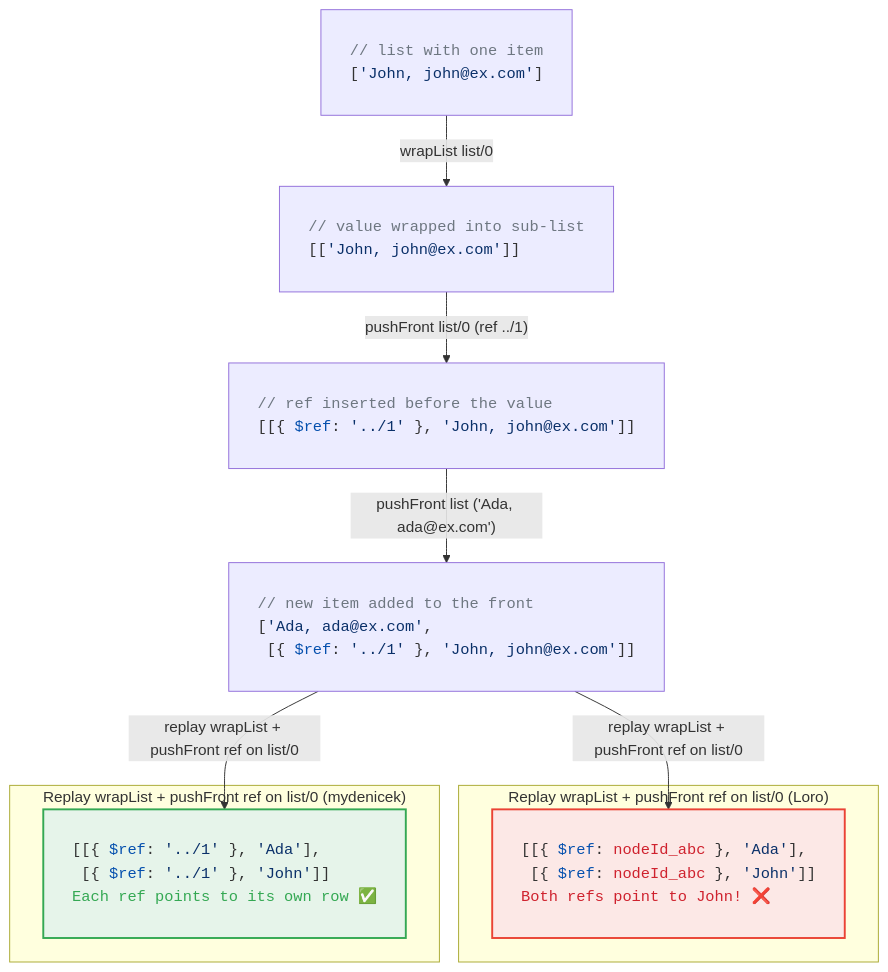
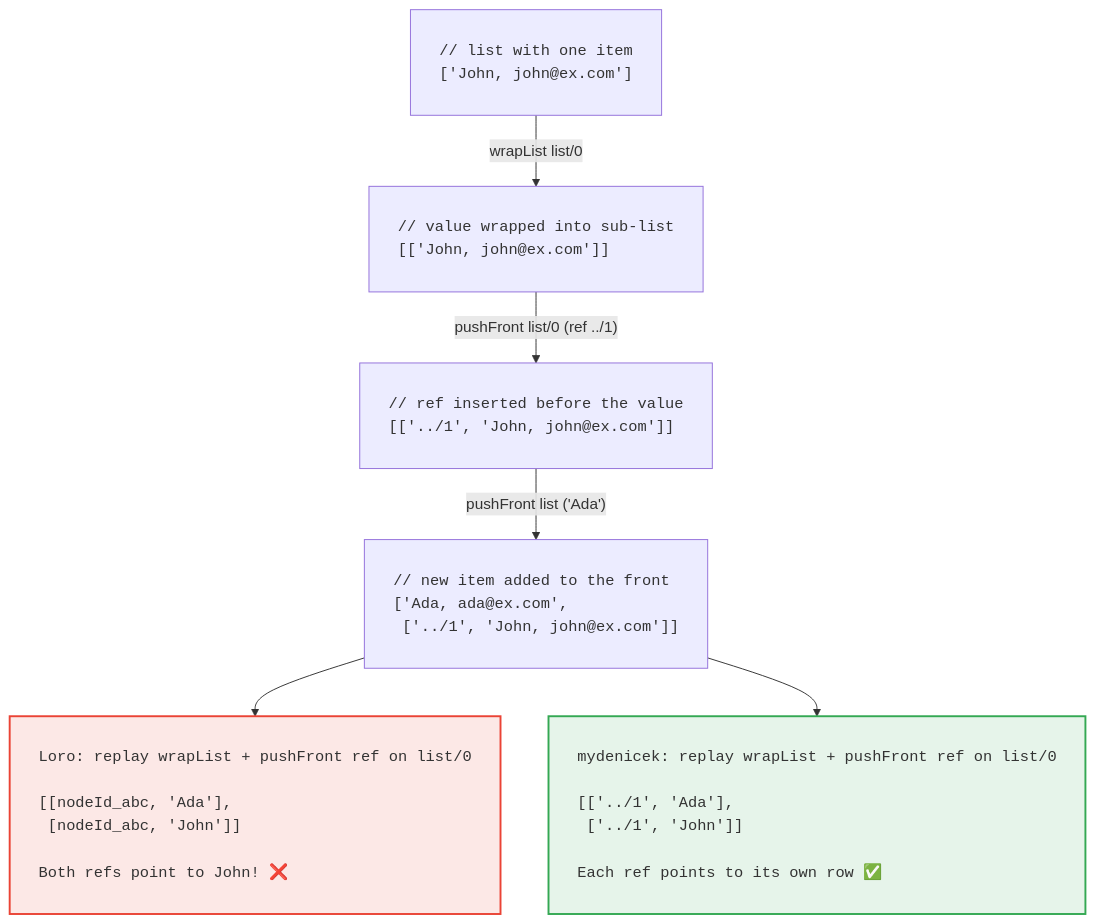
Before and after one commit to krsion/master-thesis: the diagram in img/retargeting.mmd, drawn with Mermaid. The commit also changed 1 other file, not shown here.

```diff
--- a/img/retargeting.mmd
+++ b/img/retargeting.mmd
@@ -1,48 +1,50 @@
 %%{init: {'themeVariables': {'fontFamily': 'monospace'}}}%%
 graph TB
     S1["<pre style='text-align:left'>
-<span style='color:#6e7781'>// list with one item</span>
-[<span style='color:#0a3069'>'John, john@ex.com'</span>]
+// list with one item
+['John, john@ex.com']
 </pre>"]
 
     S2["<pre style='text-align:left'>
-<span style='color:#6e7781'>// value wrapped into sub-list</span>
-[[<span style='color:#0a3069'>'John, john@ex.com'</span>]]
+// value wrapped into sub-list
+[['John, john@ex.com']]
 </pre>"]
 
     S3["<pre style='text-align:left'>
-<span style='color:#6e7781'>// ref inserted before the value</span>
-[[{ <span style='color:#0550ae'>$ref</span>: <span style='color:#0a3069'>'../1'</span> }, <span style='color:#0a3069'>'John, john@ex.com'</span>]]
+// ref inserted before the value
+[['../1', 'John, john@ex.com']]
 </pre>"]
 
     S4["<pre style='text-align:left'>
-<span style='color:#6e7781'>// new item added to the front</span>
-[<span style='color:#0a3069'>'Ada, ada@ex.com'</span>,
- [{ <span style='color:#0550ae'>$ref</span>: <span style='color:#0a3069'>'../1'</span> }, <span style='color:#0a3069'>'John, john@ex.com'</span>]]
+// new item added to the front
+['Ada, ada@ex.com',
+ ['../1', 'John, john@ex.com']]
 </pre>"]
 
     S1 -- "wrapList list/0" --> S2
     S2 -- "pushFront list/0 (ref ../1)" --> S3
-    S3 -- "pushFront list ('Ada, ada@ex.com')" --> S4
+    S3 -- "pushFront list ('Ada')" --> S4
 
-    subgraph replayLoro["Replay wrapList + pushFront ref on list/0 (Loro)"]
-        RL["<pre style='text-align:left'>
-[[{ <span style='color:#0550ae'>$ref</span>: <span style='color:#cf222e'>nodeId_abc</span> }, <span style='color:#0a3069'>'Ada'</span>],
- [{ <span style='color:#0550ae'>$ref</span>: <span style='color:#cf222e'>nodeId_abc</span> }, <span style='color:#0a3069'>'John'</span>]]
-<span style='color:#cf222e'>Both refs point to John! ❌</span>
+    RL["<pre style='text-align:left'>
+Loro: replay wrapList + pushFront ref on list/0
+
+[[nodeId_abc, 'Ada'],
+ [nodeId_abc, 'John']]
+
+Both refs point to John! ❌
 </pre>"]
-    end
 
-    subgraph replayCustom["Replay wrapList + pushFront ref on list/0 (mydenicek)"]
-        RC["<pre style='text-align:left'>
-[[{ <span style='color:#0550ae'>$ref</span>: <span style='color:#0a3069'>'../1'</span> }, <span style='color:#0a3069'>'Ada'</span>],
- [{ <span style='color:#0550ae'>$ref</span>: <span style='color:#0a3069'>'../1'</span> }, <span style='color:#0a3069'>'John'</span>]]
-<span style='color:#34a853'>Each ref points to its own row ✅</span>
+    RC["<pre style='text-align:left'>
+mydenicek: replay wrapList + pushFront ref on list/0
+
+[['../1', 'Ada'],
+ ['../1', 'John']]
+
+Each ref points to its own row ✅
 </pre>"]
-    end
 
-    S4 -- "replay wrapList + pushFront ref on list/0" --> RL
-    S4 -- "replay wrapList + pushFront ref on list/0" --> RC
+    S4 --> RL
+    S4 --> RC
 
     style RL fill:#fce8e6,stroke:#ea4335,stroke-width:2px
     style RC fill:#e6f4ea,stroke:#34a853,stroke-width:2px
```
